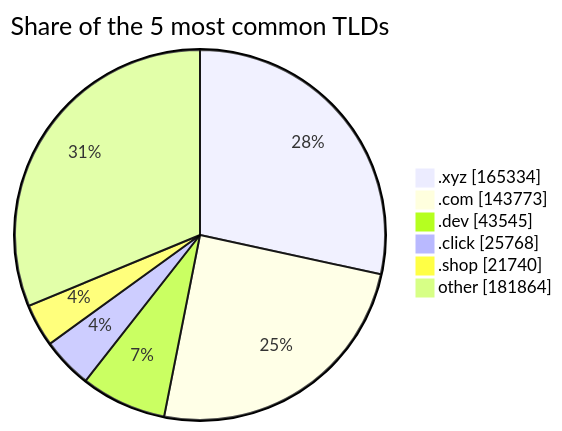
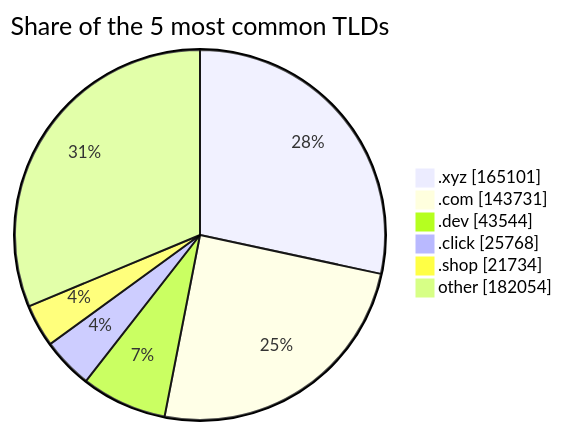
The third of 3 diagrams in README.md (DNSBunker/CTI), drawn with Mermaid before and after one commit. The commit also changed other lines of this file and 3 other files, not shown here.

````diff
--- a/README.md
+++ b/README.md
@@ -81,9 +81,9 @@
 ```mermaid
 pie showData title Share of the 5 most common TLDs
-    ".xyz" : 165334
-    ".com" : 143773
-    ".dev" : 43545
+    ".xyz" : 165101
+    ".com" : 143731
+    ".dev" : 43544
     ".click" : 25768
-    ".shop" : 21740
-    "other" : 181864
+    ".shop" : 21734
+    "other" : 182054
 ```
````
